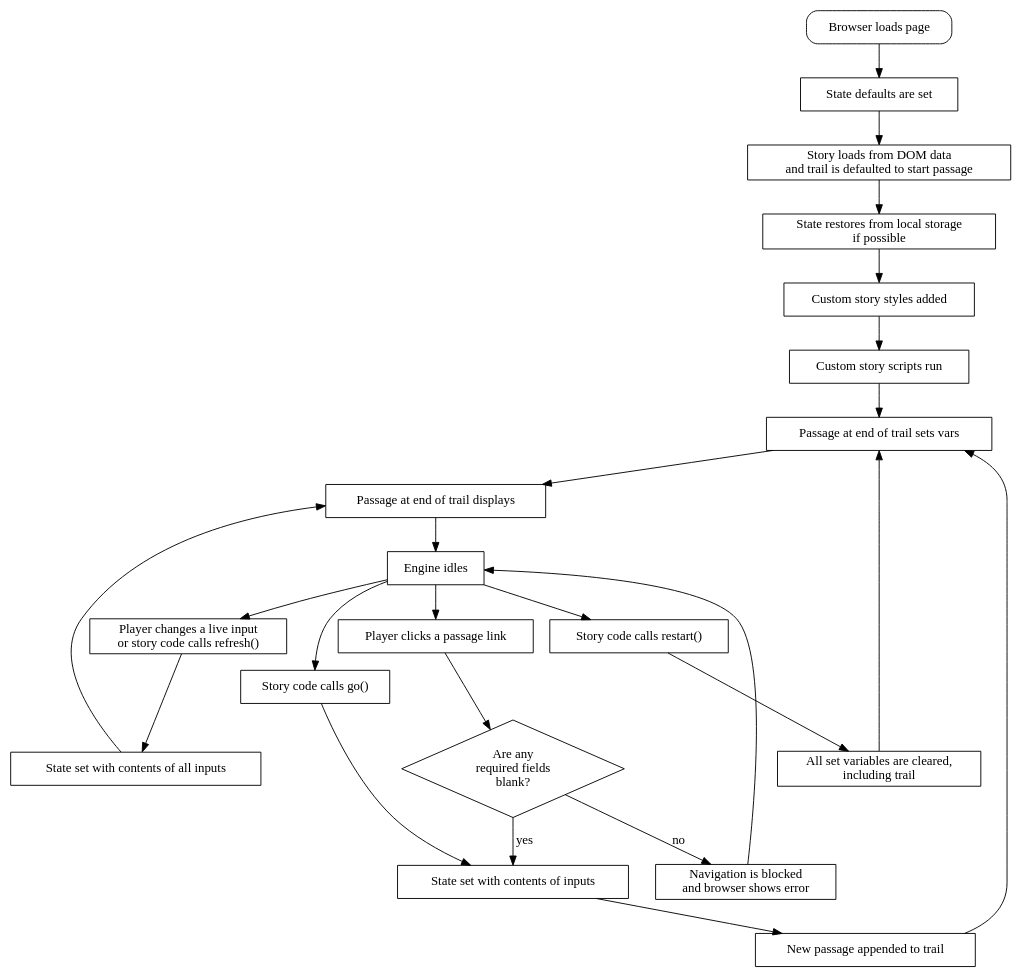
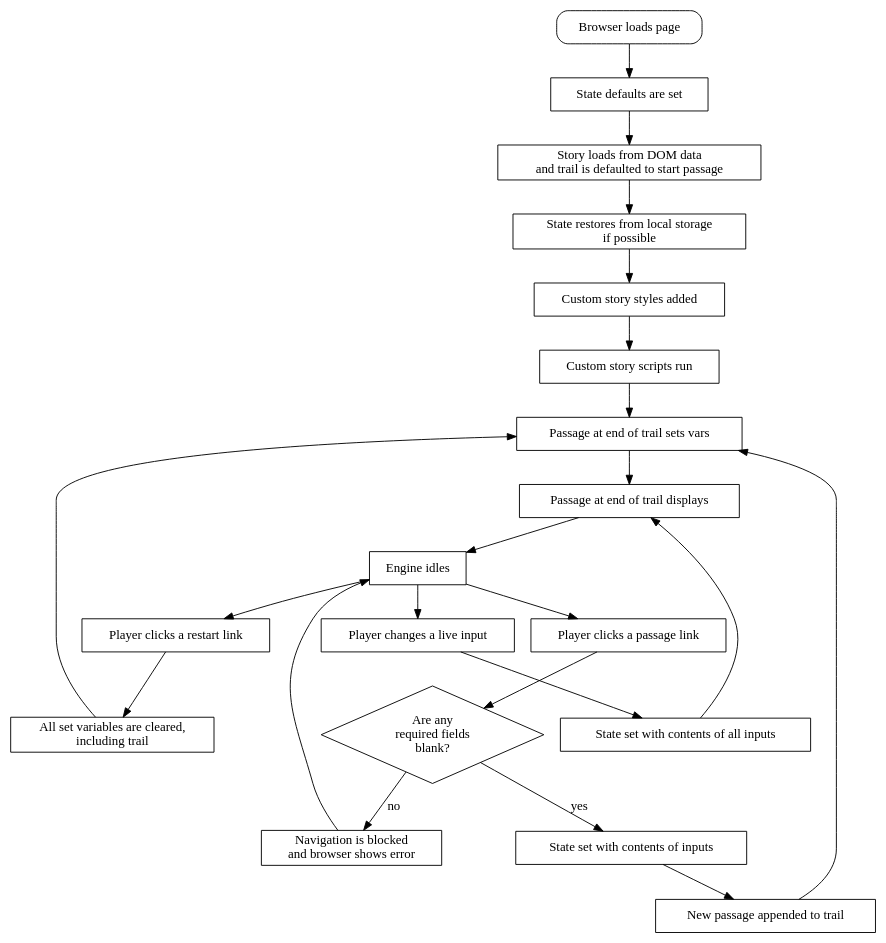
One commit to klembot/chapbook changed the diagram in guide/references/lifecycle.dot. Above: the diagram before and after it, drawn with Graphviz. The commit also changed 10 other files, not shown here.

```diff
--- a/guide/references/lifecycle.dot
+++ b/guide/references/lifecycle.dot
@@ -1,44 +1,40 @@
 digraph {
 	loadPage[shape="box", style="rounded", label="Browser loads page"]
 	setDefaults[shape="box", label="State defaults are set"]
 	loadDom[shape="box", label="Story loads from DOM data\nand trail is defaulted to start passage"]
 	restoreState[shape="box", label="State restores from local storage\nif possible"]
 	addStyle[shape="box", label="Custom story styles added"]
 	addScript[shape="box", label="Custom story scripts run"]
 
 	loadPage -> setDefaults -> loadDom -> restoreState -> addStyle -> addScript
 
 	setPassageVars[shape="box", label="Passage at end of trail sets vars"]
 	displayPassage[shape="box", label="Passage at end of trail displays"]
 	idle[shape="box", label="Engine idles"]
 
 	addScript -> setPassageVars -> displayPassage -> idle
 
 	navRequested[shape="box", label="Player clicks a passage link"]
 	checkRequired[shape="diamond", label="Are any\nrequired fields\nblank?"]
 	blockNav[shape="box", label="Navigation is blocked\nand browser shows error"]
 
 	idle -> navRequested -> checkRequired
 	checkRequired -> blockNav[label="no"]
 	blockNav -> idle
 
-	goFuncCalled[shape="box", label="Story code calls go()"]
-
-	idle -> goFuncCalled -> setInputs
-
 	setInputs[shape="box", label="State set with contents of inputs"]
 	addPassage[shape="box", label="New passage appended to trail"]
 
 	checkRequired -> setInputs[label="yes"]
 	setInputs -> addPassage -> setPassageVars
 
-	restart[shape="box", label="Story code calls restart()"]
+	restart[shape="box", label="Player clicks a restart link"]
 	unsetAll[shape="box", label="All set variables are cleared,\nincluding trail"]
 
 	idle -> restart -> unsetAll -> setPassageVars
 
-	changeLiveInput[shape="box", label="Player changes a live input\nor story code calls refresh()"]
+	changeLiveInput[shape="box", label="Player changes a live input"]
 	setLiveInputs[shape="box", label="State set with contents of all inputs"]
 
 	idle -> changeLiveInput -> setLiveInputs -> displayPassage
 }
```
